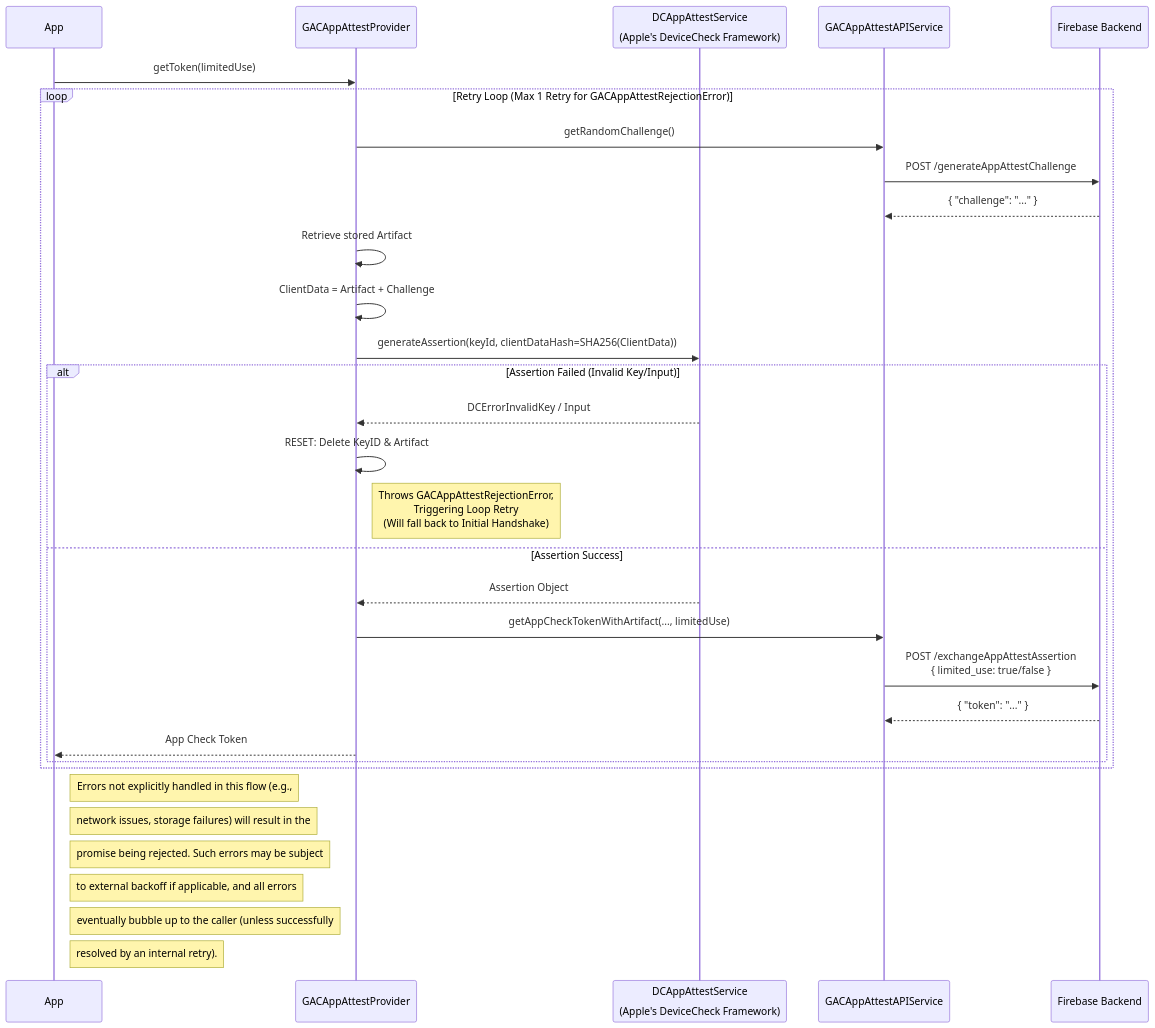
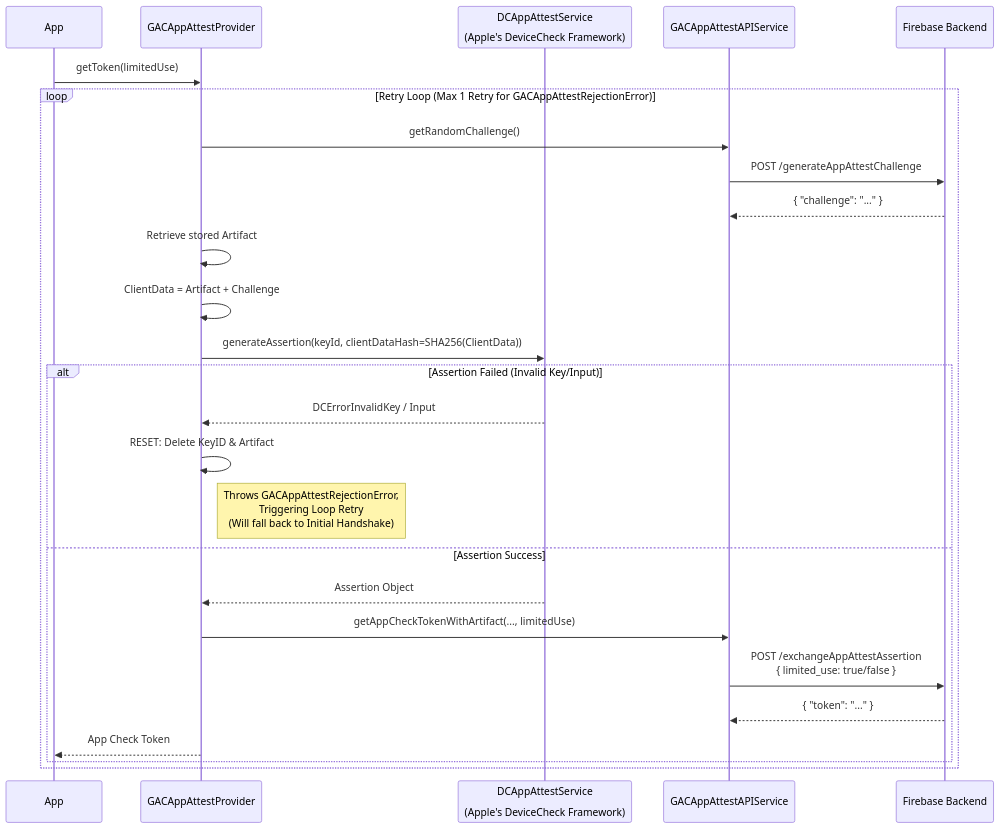
Before and after one commit to google/app-check: the fifth of 5 diagrams in docs/providers/app-attest.md, drawn with Mermaid. The commit also changed other lines of this file, not shown here.

````diff
--- a/docs/providers/app-attest.md
+++ b/docs/providers/app-attest.md
@@ -256,40 +262,34 @@
 ```mermaid
 sequenceDiagram
     participant App
     participant Provider as GACAppAttestProvider
     participant Apple as DCAppAttestService<br/><br/>(Apple's DeviceCheck Framework)
     participant API as GACAppAttestAPIService
     participant Backend as Firebase Backend
 
     App->>Provider: getToken(limitedUse)
     
     loop Retry Loop (Max 1 Retry for GACAppAttestRejectionError)
         Provider->>API: getRandomChallenge()
         API->>Backend: POST /generateAppAttestChallenge
         Backend-->>API: { "challenge": "..." }
 
         Provider->>Provider: Retrieve stored Artifact
         Provider->>Provider: ClientData = Artifact + Challenge
         Provider->>Apple: generateAssertion(keyId, clientDataHash=SHA256(ClientData))
         
         alt Assertion Failed (Invalid Key/Input)
             Apple-->>Provider: DCErrorInvalidKey / Input
             Provider->>Provider: RESET: Delete KeyID & Artifact
             Note right of Provider: Throws GACAppAttestRejectionError,<br/>Triggering Loop Retry<br/>(Will fall back to Initial Handshake)
         else Assertion Success
             Apple-->>Provider: Assertion Object
             
             Provider->>API: getAppCheckTokenWithArtifact(..., limitedUse)
             API->>Backend: POST /exchangeAppAttestAssertion<br/>{ limited_use: true/false }
             Backend-->>API: { "token": "..." }
             
             Provider-->>App: App Check Token
         end
     end
-    Note right of App: Errors not explicitly handled in this flow (e.g.,
-    Note right of App: network issues, storage failures) will result in the
-    Note right of App: promise being rejected. Such errors may be subject
-    Note right of App: to external backoff if applicable, and all errors
-    Note right of App: eventually bubble up to the caller (unless successfully
-    Note right of App: resolved by an internal retry).
 ```
````
